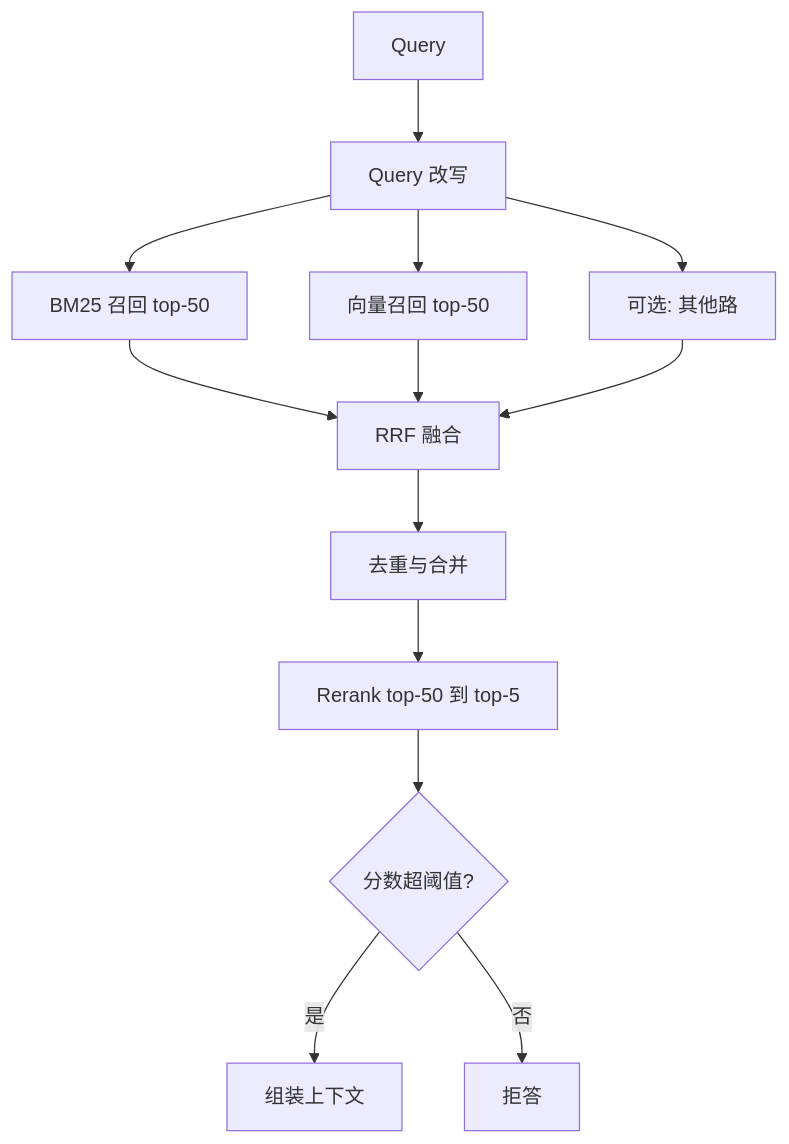
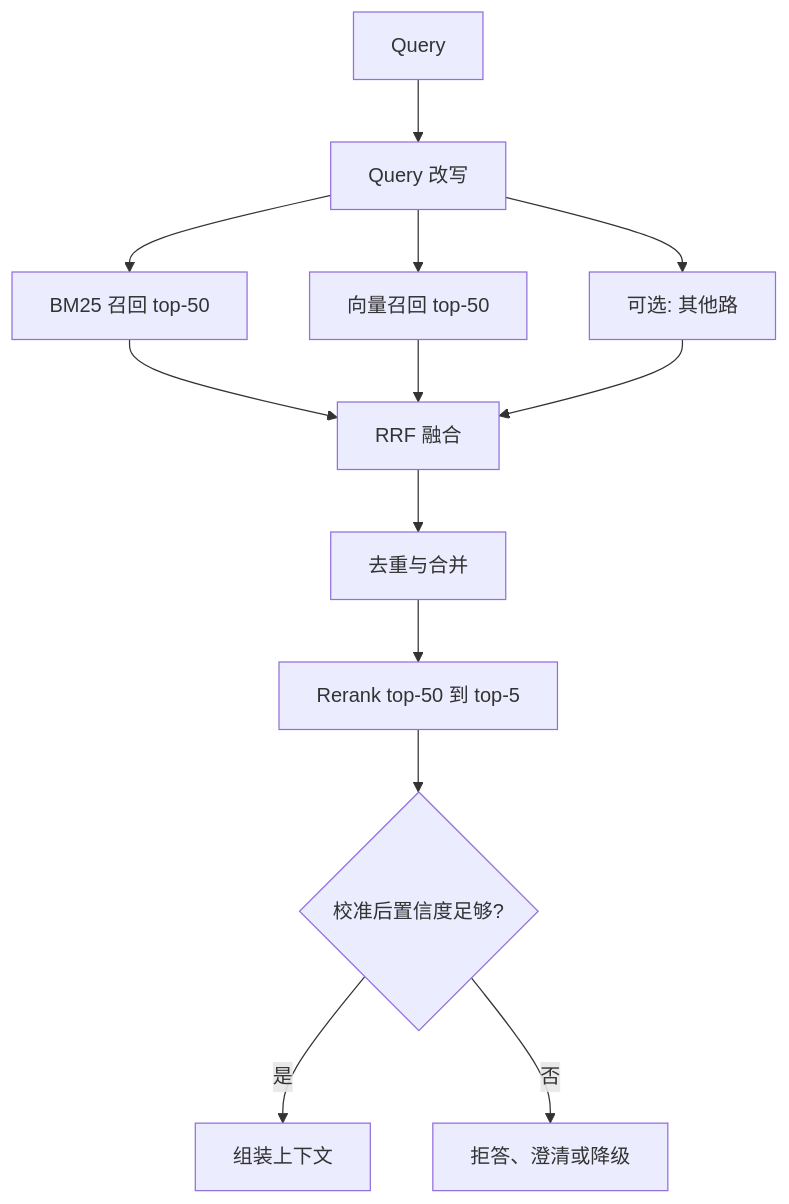
One commit to oneleaveknowsthefall/awesome-ai-roadmap changed the second of 2 diagrams in docs/rag/13-hybrid-retrieval-rerank.md. Above: the diagram before and after it, drawn with Mermaid. The commit also changed other lines of this file and 77 other files, not shown here.

Commit message:
docs: audit and modernize the AI roadmap

````diff
--- a/docs/rag/13-hybrid-retrieval-rerank.md
+++ b/docs/rag/13-hybrid-retrieval-rerank.md
@@ -128,15 +126,15 @@
 ```mermaid
 flowchart TB
     Q[Query] --> RW[Query 改写]
     RW --> P1[BM25 召回 top-50]
     RW --> P2[向量召回 top-50]
     RW --> P3[可选: 其他路]
     P1 --> RRF[RRF 融合]
     P2 --> RRF
     P3 --> RRF
     RRF --> DEDUP[去重与合并]
     DEDUP --> RR[Rerank top-50 到 top-5]
-    RR --> TH{分数超阈值?}
+    RR --> TH{校准后置信度足够?}
     TH -->|是| CTX[组装上下文]
-    TH -->|否| REJ[拒答]
+    TH -->|否| REJ[拒答、澄清或降级]
 ```
````
